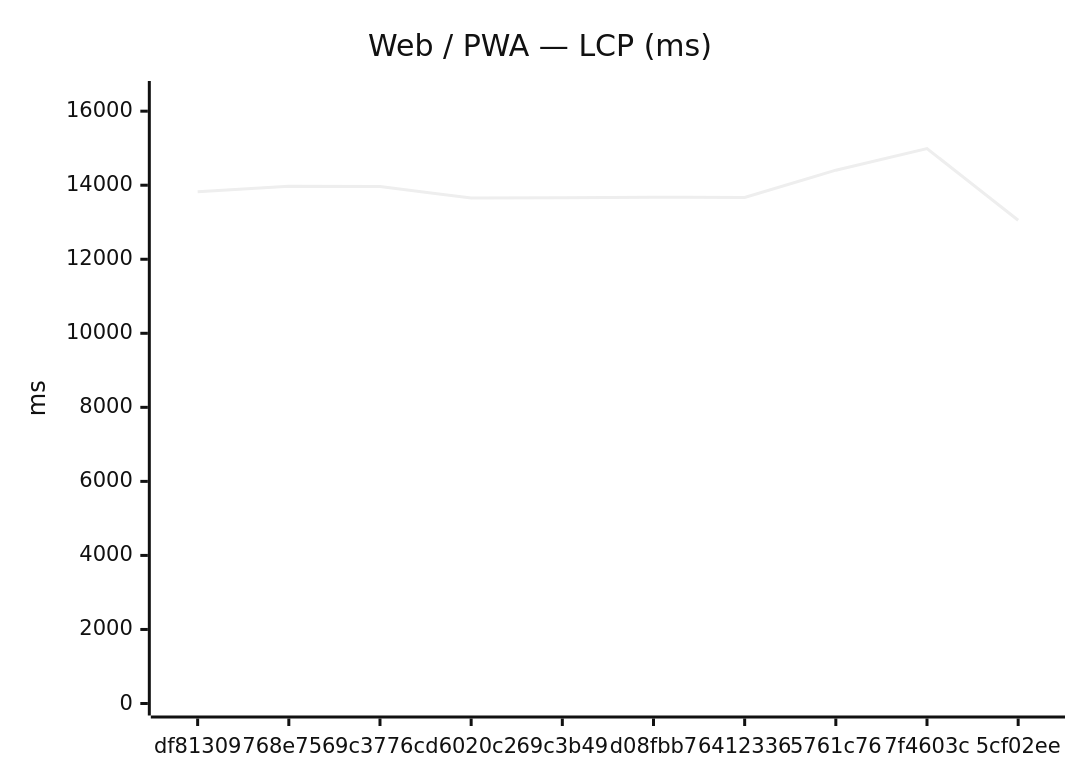
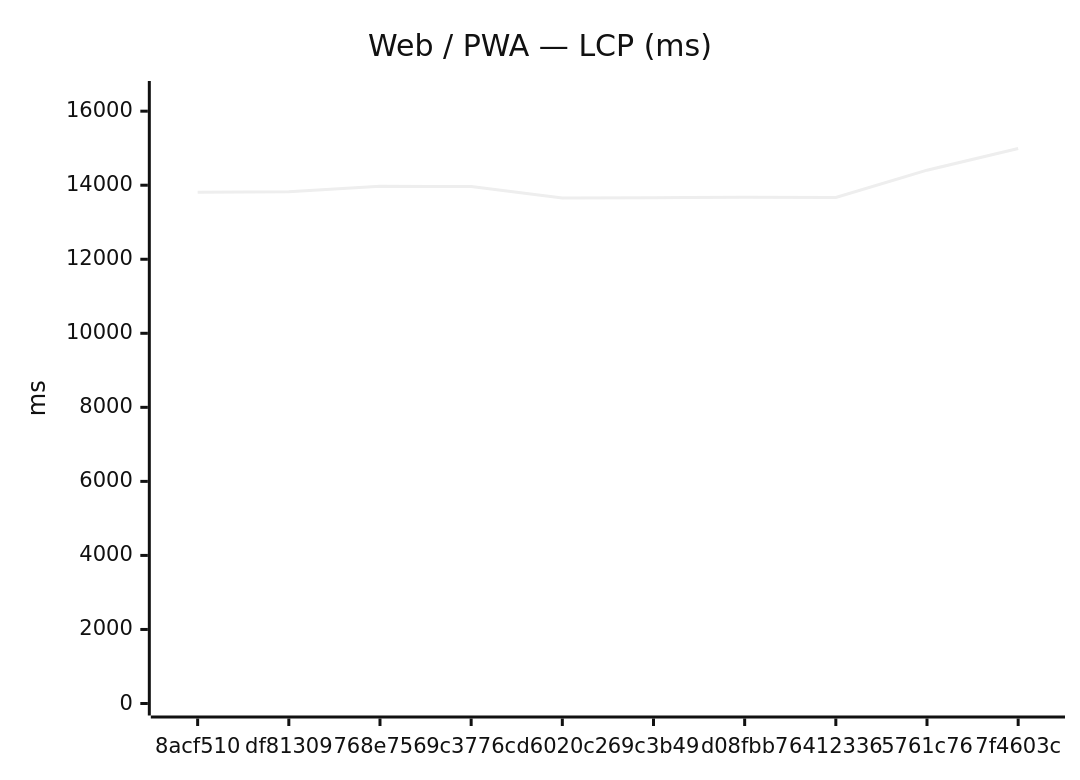
One commit to Metaheurist/Rianell changed the first of 18 diagrams in benchmarks/compare.md. Above: the diagram before and after it, drawn with Mermaid (neutral theme). The commit also changed other lines of this file and 11 other files, not shown here.

````diff
--- a/benchmarks/compare.md
+++ b/benchmarks/compare.md
@@ -24,7 +24,7 @@
 ```mermaid
 xychart-beta
     title "Web / PWA — LCP (ms)"
-    x-axis ["df81309", "768e756", "9c3776c", "d6020c2", "69c3b49", "d08fbb7", "6412336", "5761c76", "7f4603c", "5cf02ee"]
+    x-axis ["8acf510", "df81309", "768e756", "9c3776c", "d6020c2", "69c3b49", "d08fbb7", "6412336", "5761c76", "7f4603c"]
     y-axis "ms" 0 --> 16491
-    line [13825, 13971, 13962, 13654, 13664, 13678, 13670, 14406, 14991, 13053]
+    line [13807, 13825, 13971, 13962, 13654, 13664, 13678, 13670, 14406, 14991]
 ```
````
